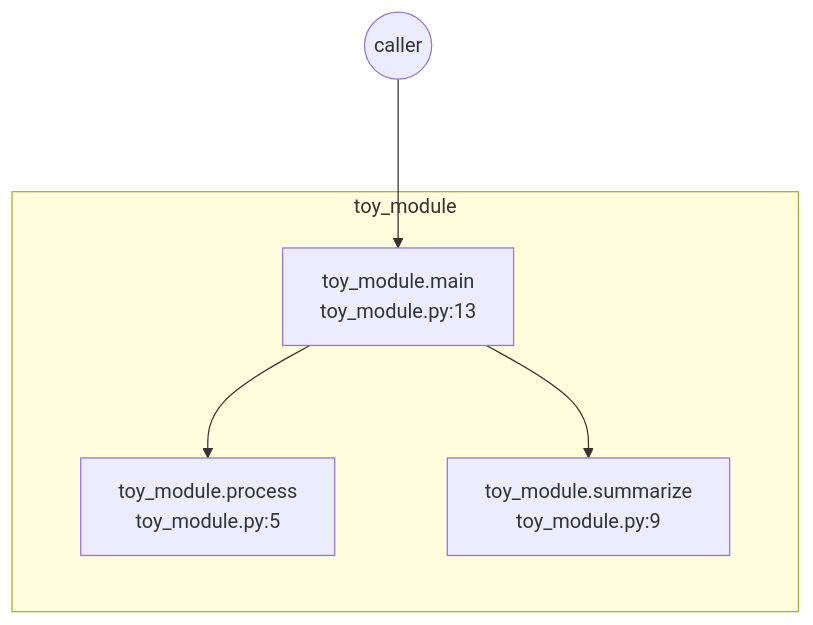
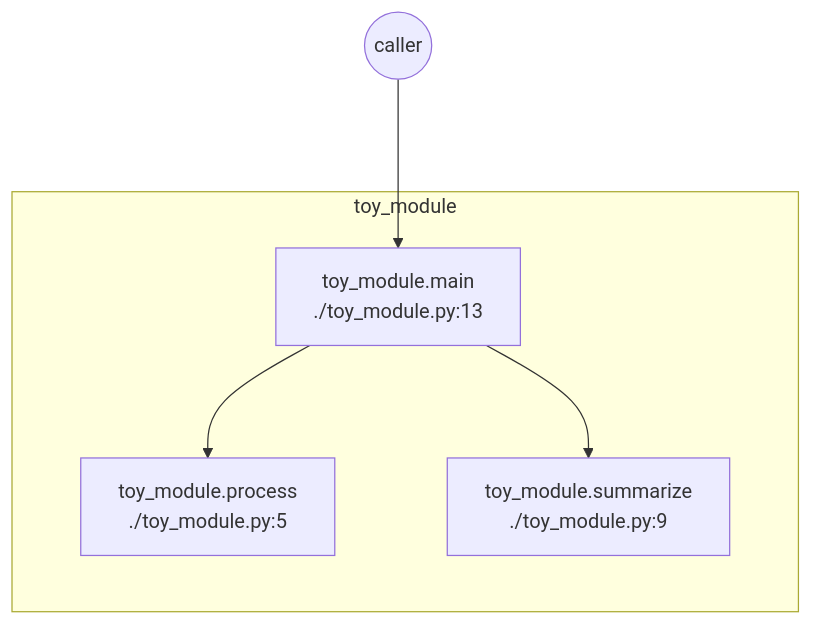
One commit to yananchuk/exec_tracer changed the diagram in examples/simple/trace_tuning.md. Above: the diagram before and after it, drawn with Mermaid. The commit also changed other lines of this file and 9 other files, not shown here.

````diff
--- a/examples/simple/trace_tuning.md
+++ b/examples/simple/trace_tuning.md
@@ -1,13 +1,13 @@
 ```mermaid
 %%{init: {'maxTextSize': 100000, 'flowchart': {'nodeSpacing': 90, 'rankSpacing': 90}}}%%
 flowchart TD
     start(("caller"))
     subgraph toy_module
-    n0["toy_module.main<br/>toy_module.py:13"]
-    n1["toy_module.process<br/>toy_module.py:5"]
-    n2["toy_module.summarize<br/>toy_module.py:9"]
+    n0["toy_module.main<br/>./toy_module.py:13"]
+    n1["toy_module.process<br/>./toy_module.py:5"]
+    n2["toy_module.summarize<br/>./toy_module.py:9"]
     end
     start --> n0
     n0 --> n1
     n0 --> n2
 ```
````
